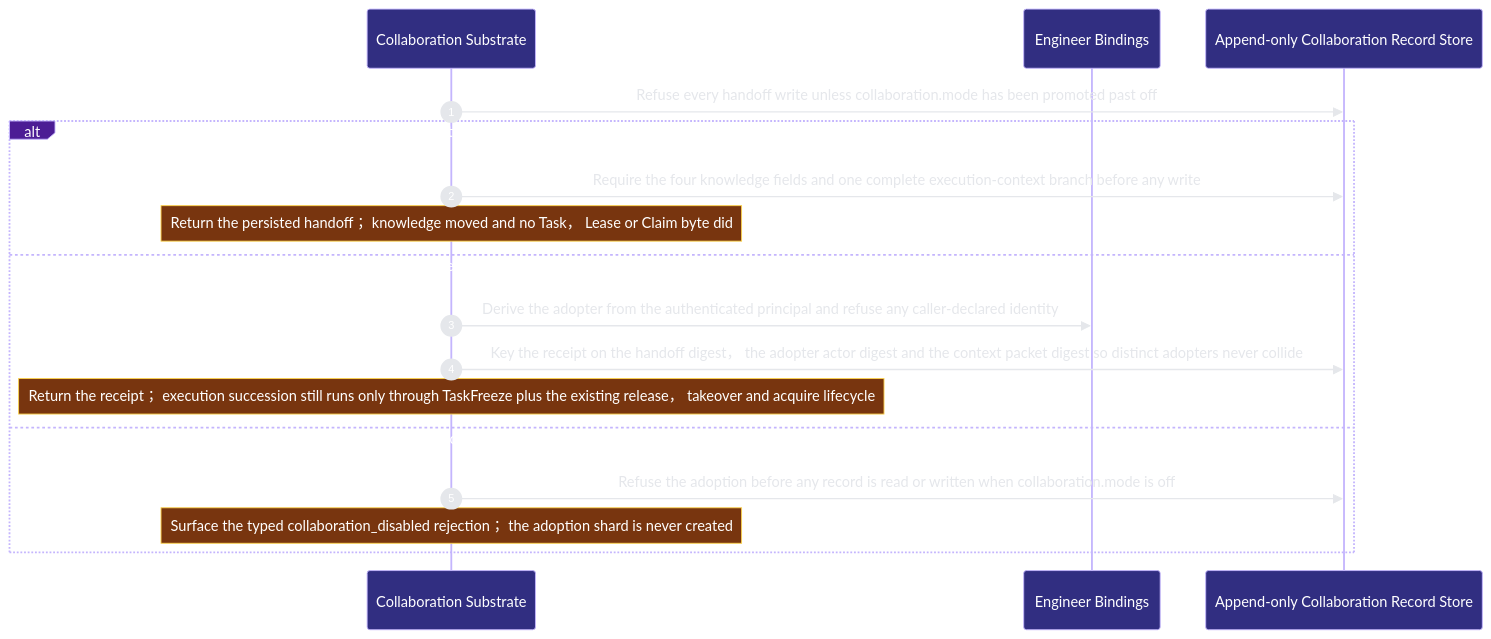
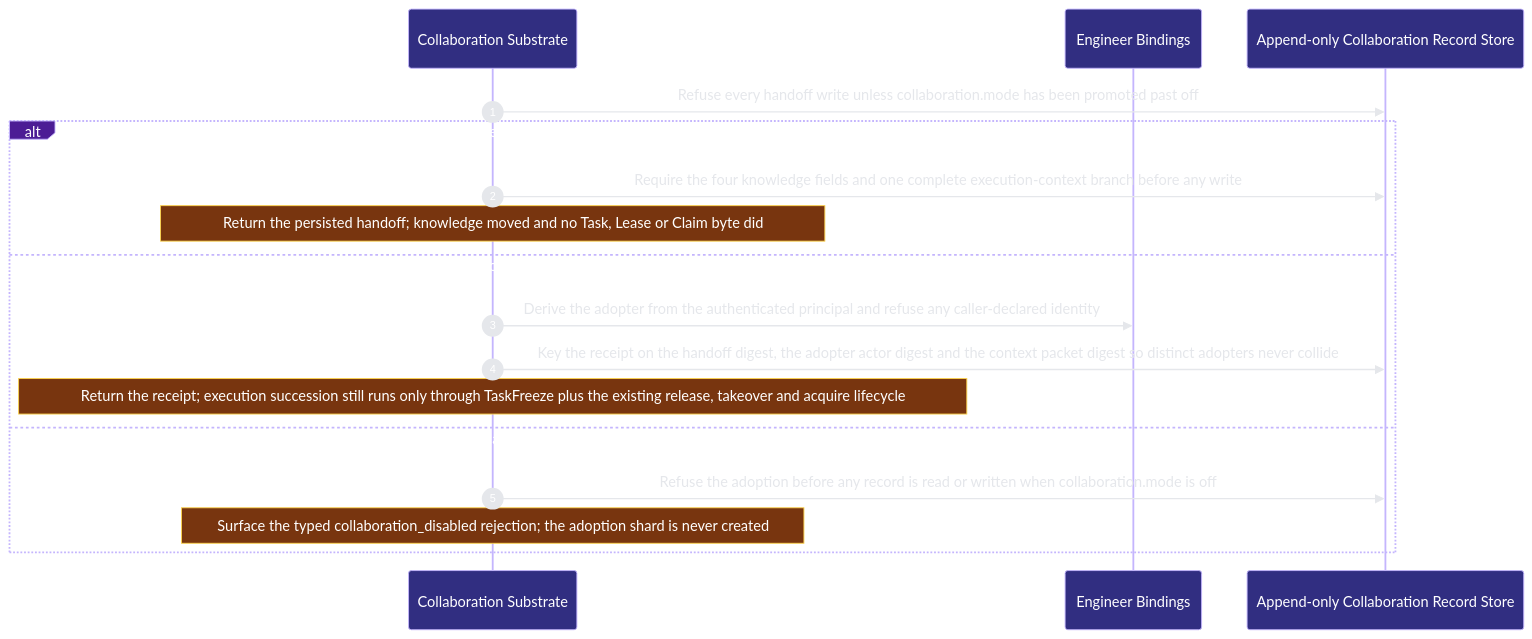
Before and after one commit to Ancienttwo/repo-harness: the fifth of 6 diagrams in docs/architecture/modules/runtime-harness/collaboration.md, drawn with Mermaid. The commit also changed other lines of this file and 46 other files, not shown here.

First line of the commit message:
docs(architecture): re-project the architecture docs with archctx 0.7.1

````diff
--- a/docs/architecture/modules/runtime-harness/collaboration.md
+++ b/docs/architecture/modules/runtime-harness/collaboration.md
@@ -209,20 +224,20 @@
 ```mermaid
 %%{init: {"theme":"base","themeVariables":{"background":"#0d1117","actorBkg":"#312e81","actorBorder":"#c4b5fd","actorTextColor":"#ffffff","signalColor":"#e5e7eb","signalTextColor":"#e5e7eb","labelBoxBkgColor":"#4c1d95","labelBoxBorderColor":"#c4b5fd","labelTextColor":"#ffffff","noteBkgColor":"#78350f","noteBorderColor":"#fcd34d","noteTextColor":"#ffffff","sequenceNumberColor":"#ffffff"}}}%%
 sequenceDiagram
   autonumber
   participant p2_collaboration_50c48bca as Collaboration Substrate
   participant p2_engineer_bindings_4e9749d0 as Engineer Bindings
   participant p2_record_store_d73a3e78 as Append-only Collaboration Record Store
   p2_collaboration_50c48bca->>p2_record_store_d73a3e78: Refuse every handoff write unless collaboration.mode has been promoted past off
-  alt The attempted paths， dead ends， findings and next actions land as one immutable record
+  alt The attempted paths#44; dead ends#44; findings and next actions land as one immutable record
   p2_collaboration_50c48bca->>p2_record_store_d73a3e78: Require the four knowledge fields and one complete execution-context branch before any write
-    Note over p2_collaboration_50c48bca: Return the persisted handoff； knowledge moved and no Task， Lease or Claim byte did
-  else Any number of distinct adopters take the same handoff， and none of them gains a writer seat
+    Note over p2_collaboration_50c48bca: Return the persisted handoff#59; knowledge moved and no Task#44; Lease or Claim byte did
+  else Any number of distinct adopters take the same handoff#44; and none of them gains a writer seat
   p2_collaboration_50c48bca->>p2_engineer_bindings_4e9749d0: Derive the adopter from the authenticated principal and refuse any caller-declared identity
-  p2_collaboration_50c48bca->>p2_record_store_d73a3e78: Key the receipt on the handoff digest， the adopter actor digest and the context packet digest so distinct adopters never collide
-    Note over p2_collaboration_50c48bca: Return the receipt； execution succession still runs only through TaskFreeze plus the existing release， takeover and acquire lifecycle
+  p2_collaboration_50c48bca->>p2_record_store_d73a3e78: Key the receipt on the handoff digest#44; the adopter actor digest and the context packet digest so distinct adopters never collide
+    Note over p2_collaboration_50c48bca: Return the receipt#59; execution succession still runs only through TaskFreeze plus the existing release#44; takeover and acquire lifecycle
   else A disabled collaboration plane refuses knowledge transfer instead of degrading to a silent write
   p2_collaboration_50c48bca->>p2_record_store_d73a3e78: Refuse the adoption before any record is read or written when collaboration.mode is off
-    Note over p2_collaboration_50c48bca: Surface the typed collaboration_disabled rejection； the adoption shard is never created
+    Note over p2_collaboration_50c48bca: Surface the typed collaboration_disabled rejection#59; the adoption shard is never created
   end
 ```
````
